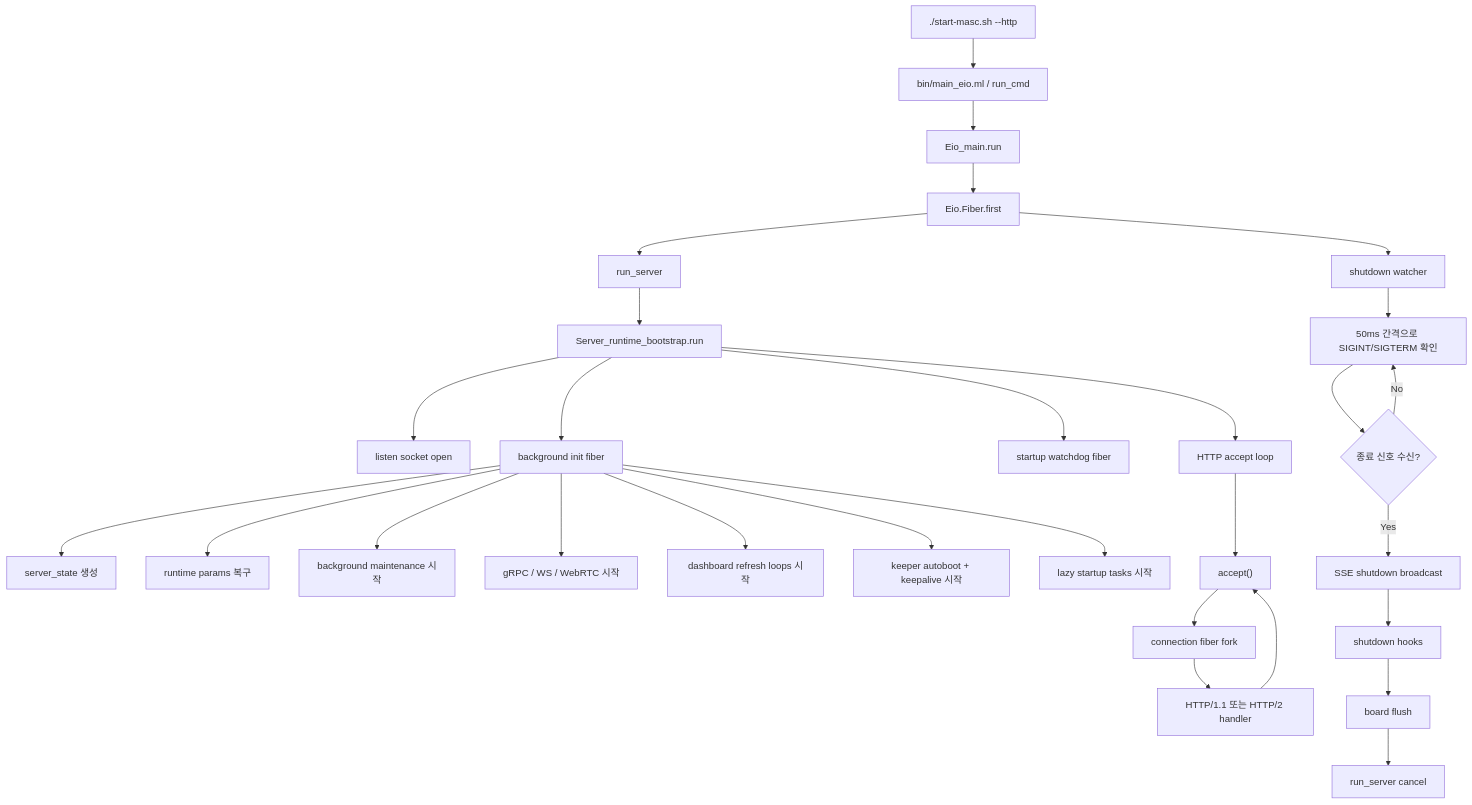
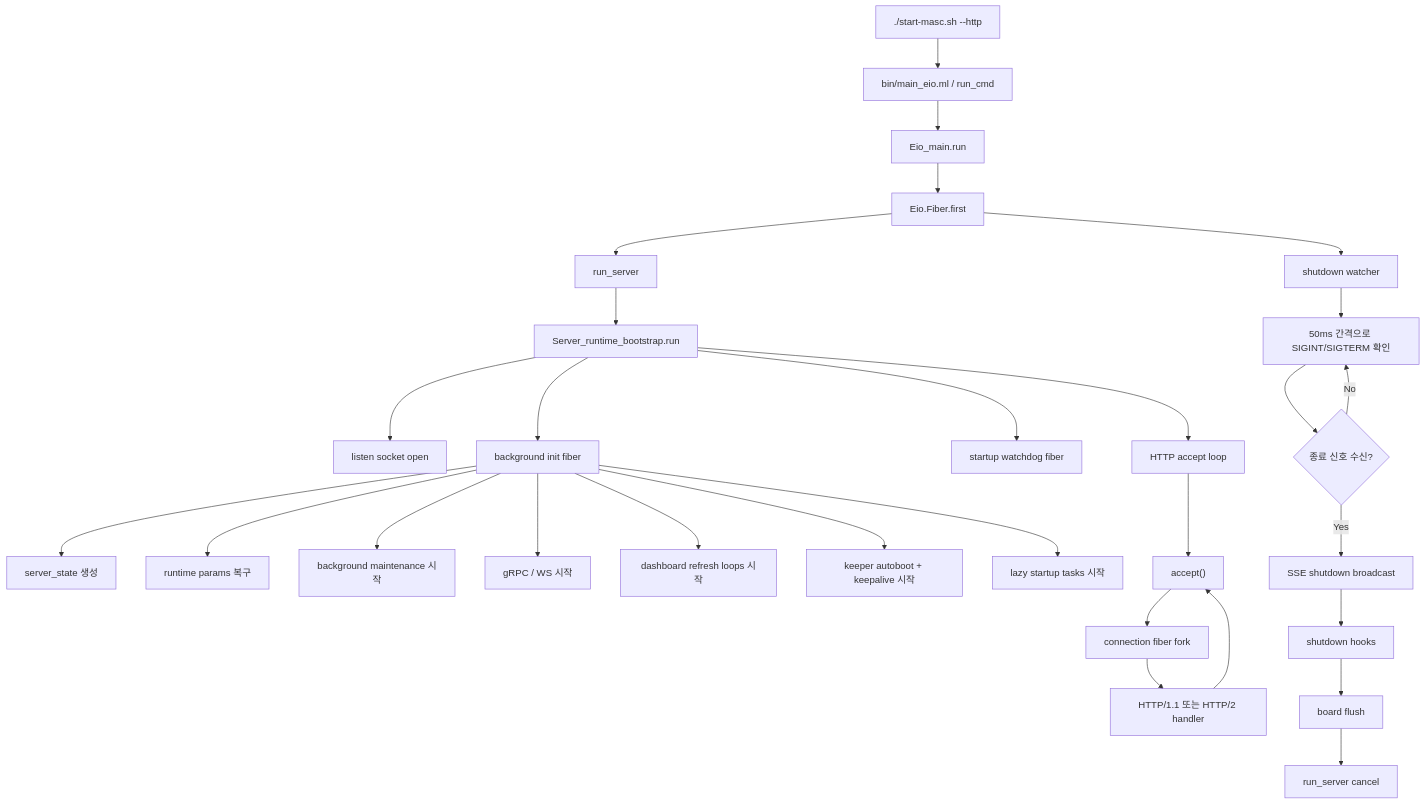
Before and after one commit to jeong-sik/masc: the first of 2 diagrams in docs/QUICK-START.md, drawn with Mermaid. The commit also changed 74 other files, not shown here.

First line of the commit message:
refactor(transport): remove the WebRTC transport

````diff
--- a/docs/QUICK-START.md
+++ b/docs/QUICK-START.md
@@ -68,35 +68,35 @@
 ```mermaid
 flowchart TD
     A["./start-masc.sh --http"] --> B["bin/main_eio.ml / run_cmd"]
     B --> C["Eio_main.run"]
     C --> D["Eio.Fiber.first"]
     D --> E["run_server"]
     D --> F["shutdown watcher"]
 
     E --> G["Server_runtime_bootstrap.run"]
     G --> H["listen socket open"]
     G --> I["background init fiber"]
     G --> J["startup watchdog fiber"]
     G --> K["HTTP accept loop"]
 
     I --> I1["server_state 생성"]
     I --> I2["runtime params 복구"]
     I --> I3["background maintenance 시작"]
-    I --> I4["gRPC / WS / WebRTC 시작"]
+    I --> I4["gRPC / WS 시작"]
     I --> I5["dashboard refresh loops 시작"]
     I --> I6["keeper autoboot + keepalive 시작"]
     I --> I7["lazy startup tasks 시작"]
 
     K --> K1["accept()"]
     K1 --> K2["connection fiber fork"]
     K2 --> K3["HTTP/1.1 또는 HTTP/2 handler"]
     K3 --> K1
 
     F --> F1["50ms 간격으로 SIGINT/SIGTERM 확인"]
     F1 --> F2{"종료 신호 수신?"}
     F2 -- No --> F1
     F2 -- Yes --> F3["SSE shutdown broadcast"]
     F3 --> F4["shutdown hooks"]
     F4 --> F5["board flush"]
     F5 --> F6["run_server cancel"]
 ```
````
